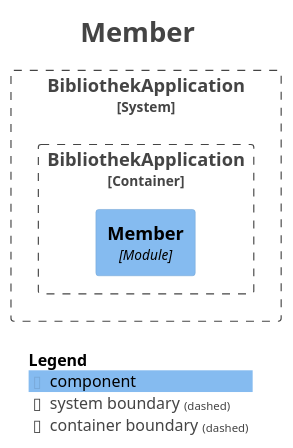
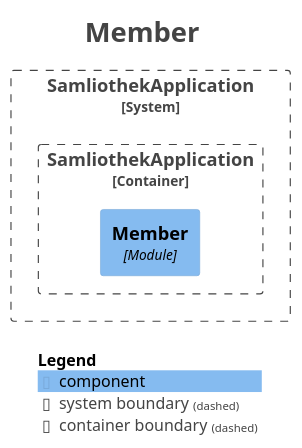
One commit to samin-z/samliothek changed the diagram in docs/modulith/module-member.puml. Above: the diagram before and after it, drawn with PlantUML. The commit also changed 52 other files, not shown here.

```diff
--- a/docs/modulith/module-member.puml
+++ b/docs/modulith/module-member.puml
@@ -1,27 +1,27 @@
 @startuml
 title <size:24>Member</size>
 
 set separator none
 top to bottom direction
 
 <style>
   root {
     BackgroundColor: #ffffff
     FontColor: #444444
   }
 </style>
 
 !include <C4/C4>
 !include <C4/C4_Context>
 !include <C4/C4_Component>
 
-System_Boundary("BibliothekApplication_boundary", "BibliothekApplication", $tags="") {
-  Container_Boundary("BibliothekApplication.BibliothekApplication_boundary", "BibliothekApplication", $tags="") {
-    Component(BibliothekApplication.BibliothekApplication.Member, "Member", $techn="Module", $descr="", $tags="", $link="")
+System_Boundary("SamliothekApplication_boundary", "SamliothekApplication", $tags="") {
+  Container_Boundary("SamliothekApplication.SamliothekApplication_boundary", "SamliothekApplication", $tags="") {
+    Component(SamliothekApplication.SamliothekApplication.Member, "Member", $techn="Module", $descr="", $tags="", $link="")
   }
 
 }
 
 SHOW_LEGEND(true)
 hide stereotypes
 @enduml
```
